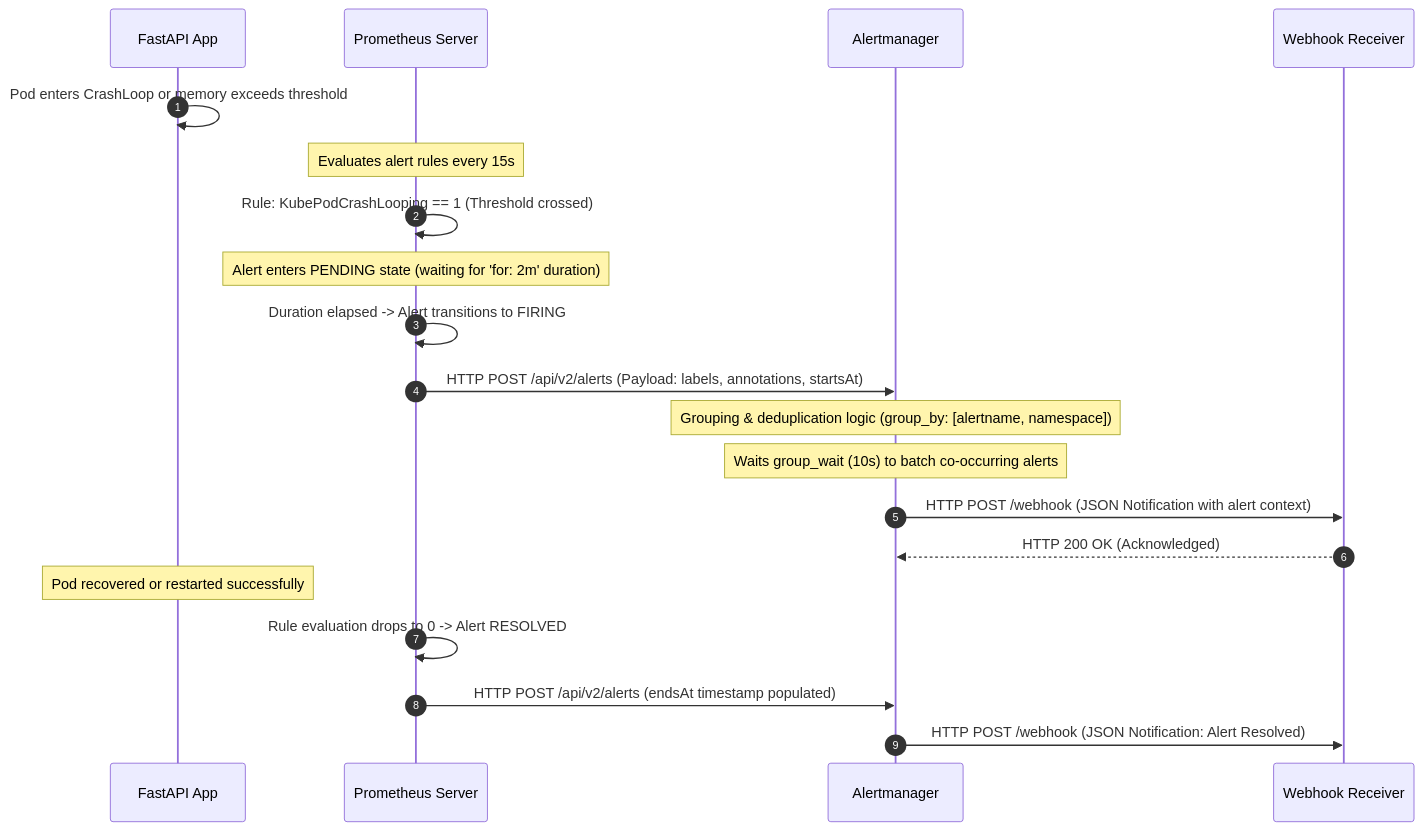
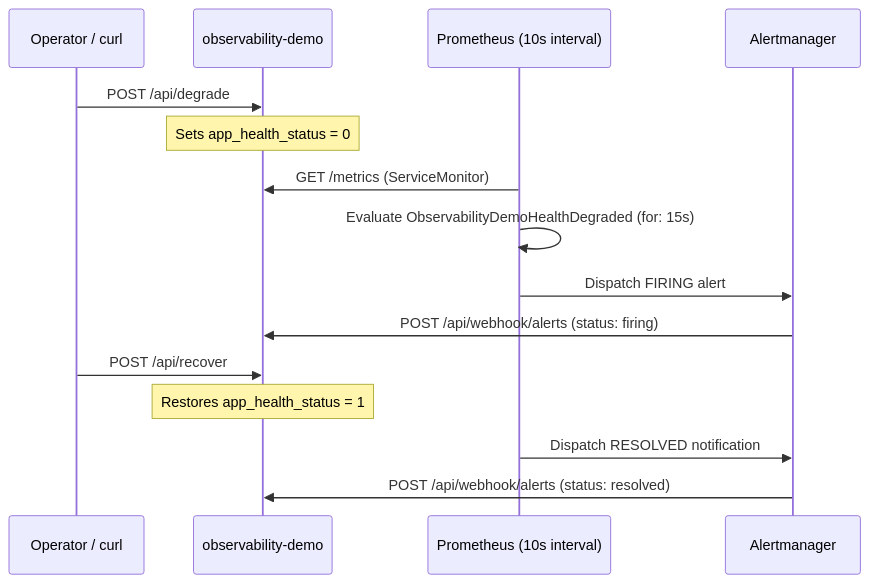
The second of 2 diagrams in projects/kube-obs/ARCHITECTURE.md (SUPRAVAT001/portfolio), drawn with Mermaid before and after one commit. The commit also changed other lines of this file and 51 other files, not shown here.

````diff
--- a/projects/kube-obs/ARCHITECTURE.md
+++ b/projects/kube-obs/ARCHITECTURE.md
@@ -101,23 +57,18 @@
 ```mermaid
 sequenceDiagram
-    autonumber
-    participant App as FastAPI App
-    participant Prom as Prometheus Server
+    participant Test as Operator / curl
+    participant App as observability-demo
+    participant Prom as Prometheus (10s interval)
     participant AM as Alertmanager
-    participant WH as Webhook Receiver
 
-    App->>App: Pod enters CrashLoop or memory exceeds threshold
-    Note over Prom: Evaluates alert rules every 15s
-    Prom->>Prom: Rule: KubePodCrashLooping == 1 (Threshold crossed)
-    Note over Prom: Alert enters PENDING state (waiting for 'for: 2m' duration)
-    Prom->>Prom: Duration elapsed -> Alert transitions to FIRING
-    Prom->>AM: HTTP POST /api/v2/alerts (Payload: labels, annotations, startsAt)
-    Note over AM: Grouping & deduplication logic (group_by: [alertname, namespace])
-    Note over AM: Waits group_wait (10s) to batch co-occurring alerts
-    AM->>WH: HTTP POST /webhook (JSON Notification with alert context)
-    WH-->>AM: HTTP 200 OK (Acknowledged)
-    Note over App: Pod recovered or restarted successfully
-    Prom->>Prom: Rule evaluation drops to 0 -> Alert RESOLVED
-    Prom->>AM: HTTP POST /api/v2/alerts (endsAt timestamp populated)
-    AM->>WH: HTTP POST /webhook (JSON Notification: Alert Resolved)
+    Test->>App: POST /api/degrade
+    Note over App: Sets app_health_status = 0
+    Prom->>App: GET /metrics (ServiceMonitor)
+    Prom->>Prom: Evaluate ObservabilityDemoHealthDegraded (for: 15s)
+    Prom->>AM: Dispatch FIRING alert
+    AM->>App: POST /api/webhook/alerts (status: firing)
+    Test->>App: POST /api/recover
+    Note over App: Restores app_health_status = 1
+    Prom->>AM: Dispatch RESOLVED notification
+    AM->>App: POST /api/webhook/alerts (status: resolved)
 ```
````
